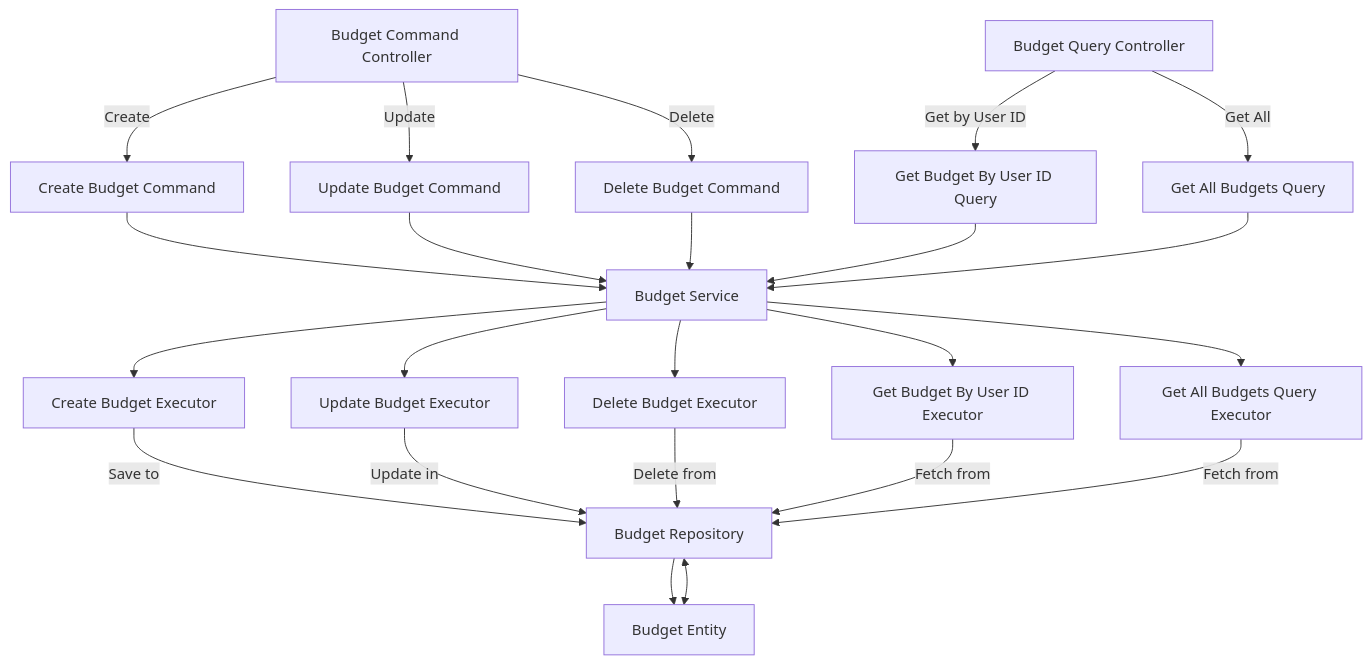
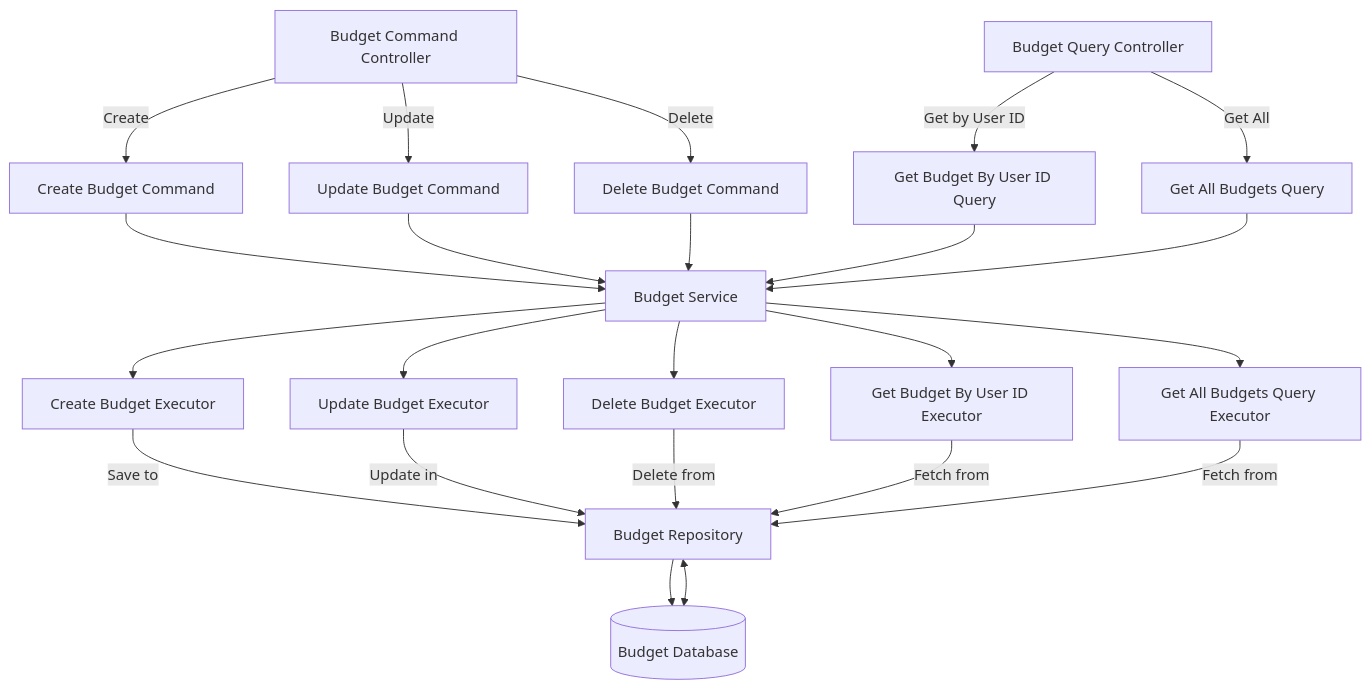
One commit to viswarajramji/budget changed the second of 12 diagrams in README.md. Above: the diagram before and after it, drawn with Mermaid. The commit also changed other lines of this file, not shown here.

````diff
--- a/README.md
+++ b/README.md
@@ -91,34 +53,35 @@
 ```mermaid
 graph TD
     CC[Budget Command Controller] -->|Create| CBC[Create Budget Command]
     CC -->|Update| UBC[Update Budget Command]
     CC -->|Delete| DBC[Delete Budget Command]
 
     CBC --> BS[Budget Service]
     UBC --> BS
     DBC --> BS
 
     BS --> CBE[Create Budget Executor]
     BS --> UBE[Update Budget Executor]
     BS --> DBE[Delete Budget Executor]
 
     CBE -->|Save to| BR[Budget Repository]
     UBE -->|Update in| BR
     DBE -->|Delete from| BR
 
-    BR --> BE[Budget Entity]
+    BR --> DB[(Budget Database)]
 
     QC[Budget Query Controller] -->|Get by User ID| GBUI[Get Budget By User ID Query]
     QC -->|Get All| GABQ[Get All Budgets Query]
 
     GBUI --> BS
     GABQ --> BS
 
     BS --> GBUIE[Get Budget By User ID Executor]
     BS --> GABQE[Get All Budgets Query Executor]
 
     GBUIE -->|Fetch from| BR
     GABQE -->|Fetch from| BR
 
-    BR <--> BE[Budget Entity]
+    BR <--> DB[(Budget Database)]
+
 ```
````
